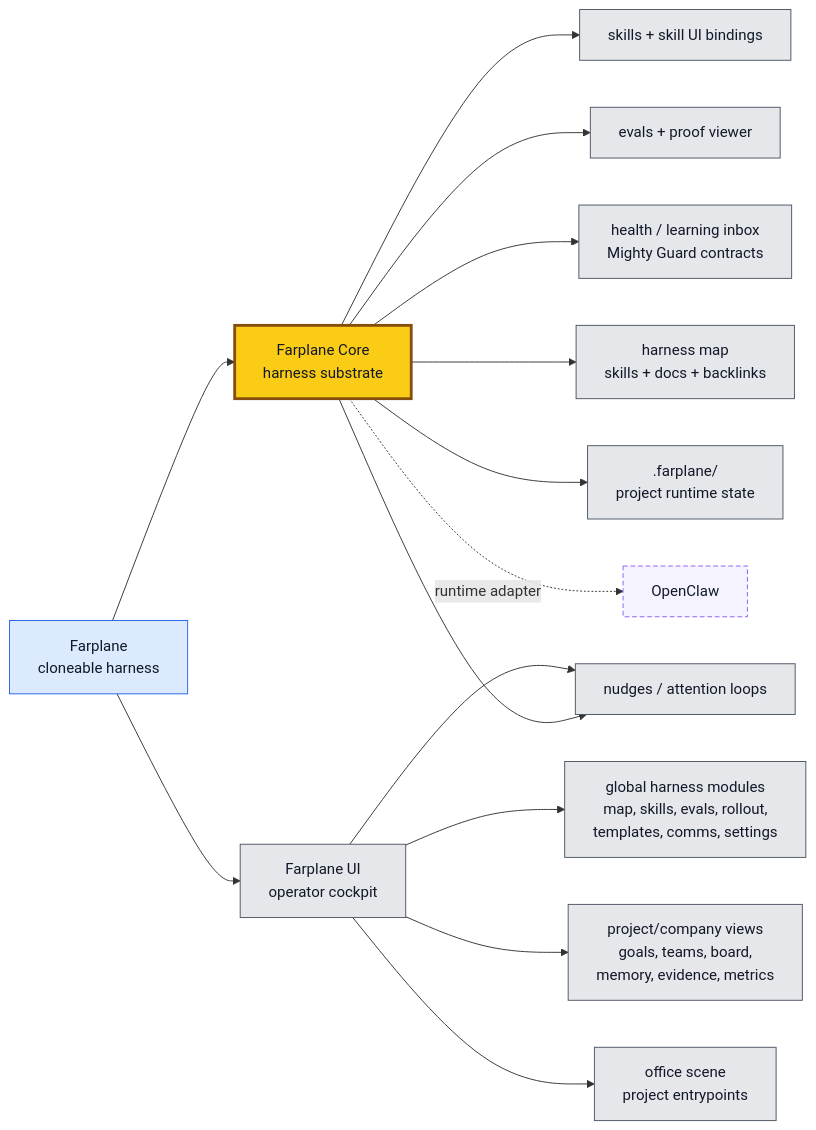
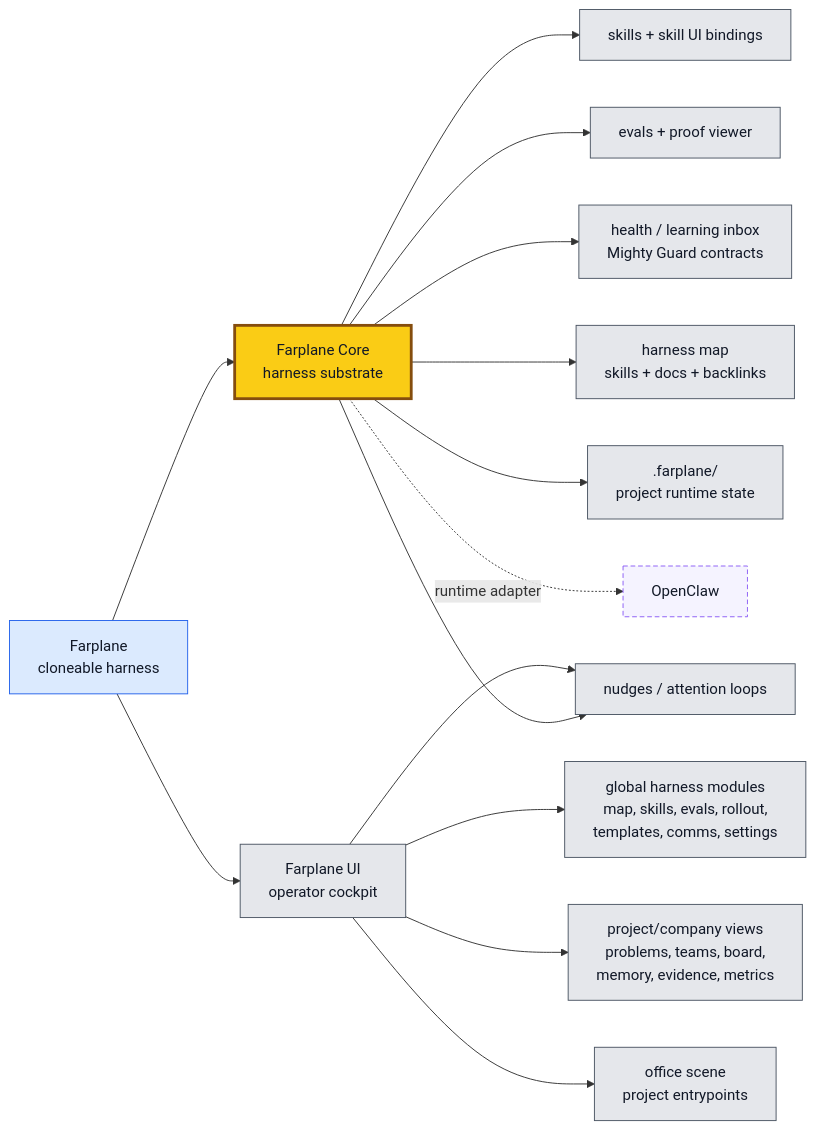
One commit to ZanarkandTechnologies/Farplane changed the first of 3 diagrams in README.md. Above: the diagram before and after it, drawn with Mermaid. The commit also changed other lines of this file and 374 other files, not shown here.

````diff
--- a/README.md
+++ b/README.md
@@ -82,21 +83,21 @@
 ```mermaid
 flowchart LR
   classDef shell fill:#dbeafe,stroke:#2563eb,color:#111827
   classDef engine fill:#facc15,stroke:#854d0e,stroke-width:3px,color:#111827
   classDef module fill:#e5e7eb,stroke:#4b5563,color:#111827
   classDef adapter fill:#f5f3ff,stroke:#8b5cf6,color:#111827,stroke-dasharray:5 3
 
   os["Farplane<br/>cloneable harness"]:::shell --> engine["Farplane Core<br/>harness substrate"]:::engine
   os --> ui["Farplane UI<br/>operator cockpit"]:::module
   engine --> skills["skills + skill UI bindings"]:::module
   engine --> evals["evals + proof viewer"]:::module
   engine --> health["health / learning inbox<br/>Mighty Guard contracts"]:::module
   engine --> nudges["nudges / attention loops"]:::module
   engine --> map["harness map<br/>skills + docs + backlinks"]:::module
   engine --> state[".farplane/<br/>project runtime state"]:::module
   ui --> global["global harness modules<br/>map, skills, evals, rollout,<br/>templates, comms, settings"]:::module
-  ui --> project["project/company views<br/>goals, teams, board,<br/>memory, evidence, metrics"]:::module
+  ui --> project["project/company views<br/>problems, teams, board,<br/>memory, evidence, metrics"]:::module
   ui --> scene["office scene<br/>project entrypoints"]:::module
   ui --> nudges
   engine -. runtime adapter .-> openclaw["OpenClaw"]:::adapter
 ```
````
